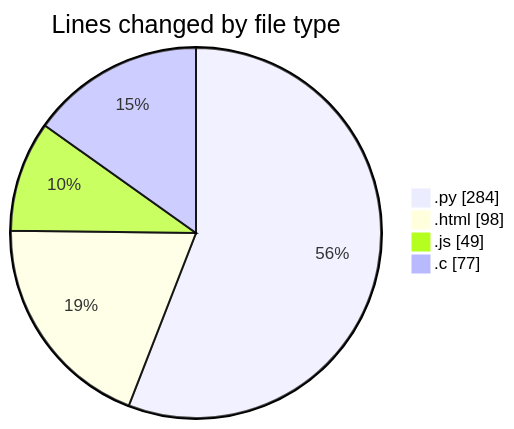
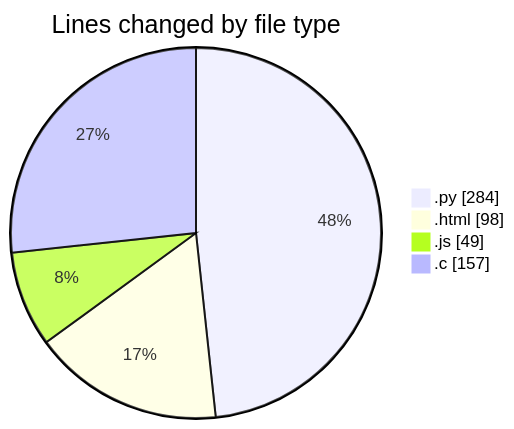
The first of 2 diagrams in 2025-01-21/projects/README.md (Ritupan-Deka/code-tracking), drawn with Mermaid before and after one commit. The commit also changed other lines of this file and 1 other file, not shown here.

````diff
--- a/2025-01-21/projects/README.md
+++ b/2025-01-21/projects/README.md
@@ -31,8 +31,8 @@
 ```mermaid
 pie showData
 title Lines changed by file type
 ".py" : 284
 ".html" : 98
 ".js" : 49
-".c" : 77
+".c" : 157
 ```
````
